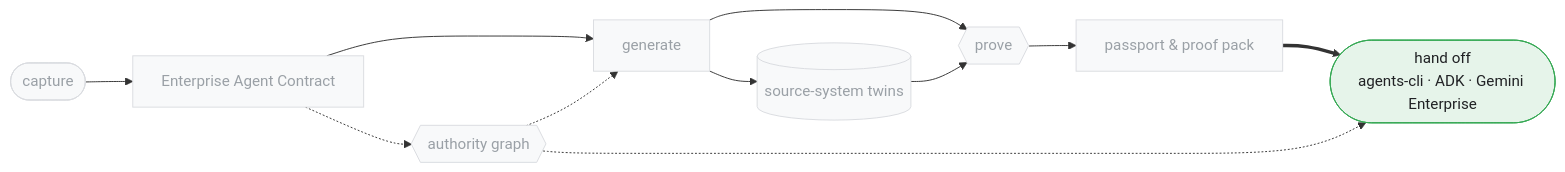
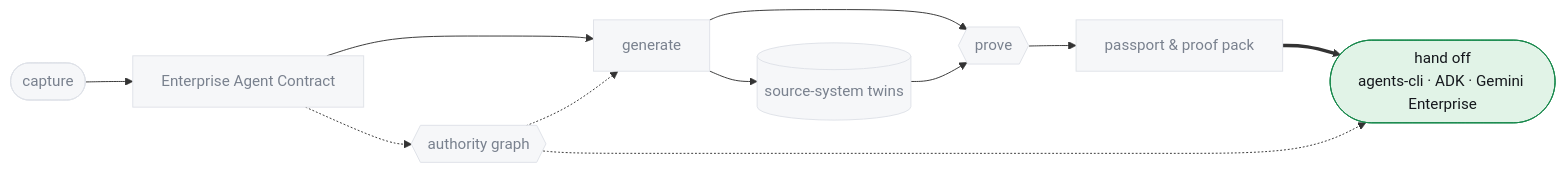
Before and after one commit to vamsiramakrishnan/ge-agent-factory: the diagram in docs/diagrams-src/signature-pipeline-handoff-targets.mmd, drawn with Mermaid. The commit also changed 72 other files, not shown here.

```diff
--- a/docs/diagrams-src/signature-pipeline-handoff-targets.mmd
+++ b/docs/diagrams-src/signature-pipeline-handoff-targets.mmd
@@ -1,25 +1,25 @@
 flowchart LR
     CAP(["capture"])
     CONTRACT["Enterprise Agent Contract"]
     GEN["generate"]
     TWIN[("source-system twins")]
     PROVE{{"prove"}}
     PASSPORT["passport & proof pack"]
     HANDOFF(["hand off\nagents-cli · ADK · Gemini Enterprise"])
     AUTH{{"authority graph"}}
 
     CAP --> CONTRACT
     CONTRACT --> GEN
     GEN --> TWIN
     GEN --> PROVE
     TWIN --> PROVE
     PROVE --> PASSPORT
     PASSPORT ==> HANDOFF
     CONTRACT -.-> AUTH
     AUTH -.-> GEN
     AUTH -.-> HANDOFF
 
-    classDef handoff fill:#e6f4ea,stroke:#34a853,color:#202124
-    classDef dim fill:#f8f9fa,stroke:#dadce0,color:#9aa0a6
+    classDef handoff fill:#e1f3e7,stroke:#16874a,color:#14171c
+    classDef dim fill:#f6f7f9,stroke:#dfe2e8,color:#79818e
     class HANDOFF handoff
     class CAP,CONTRACT,GEN,TWIN,PROVE,PASSPORT,AUTH dim
```
